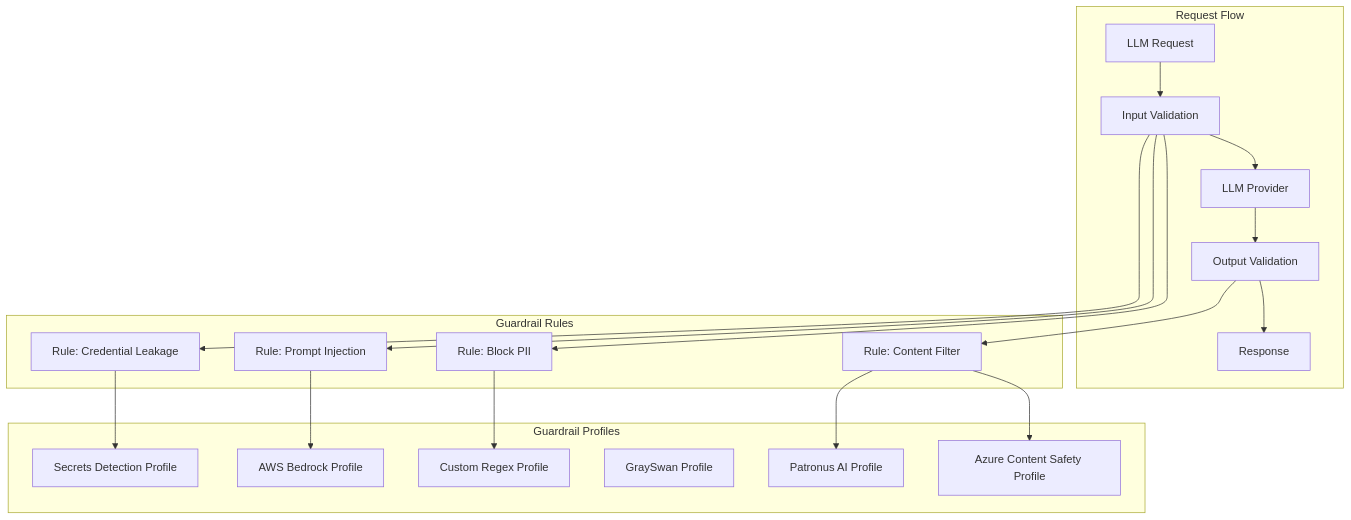
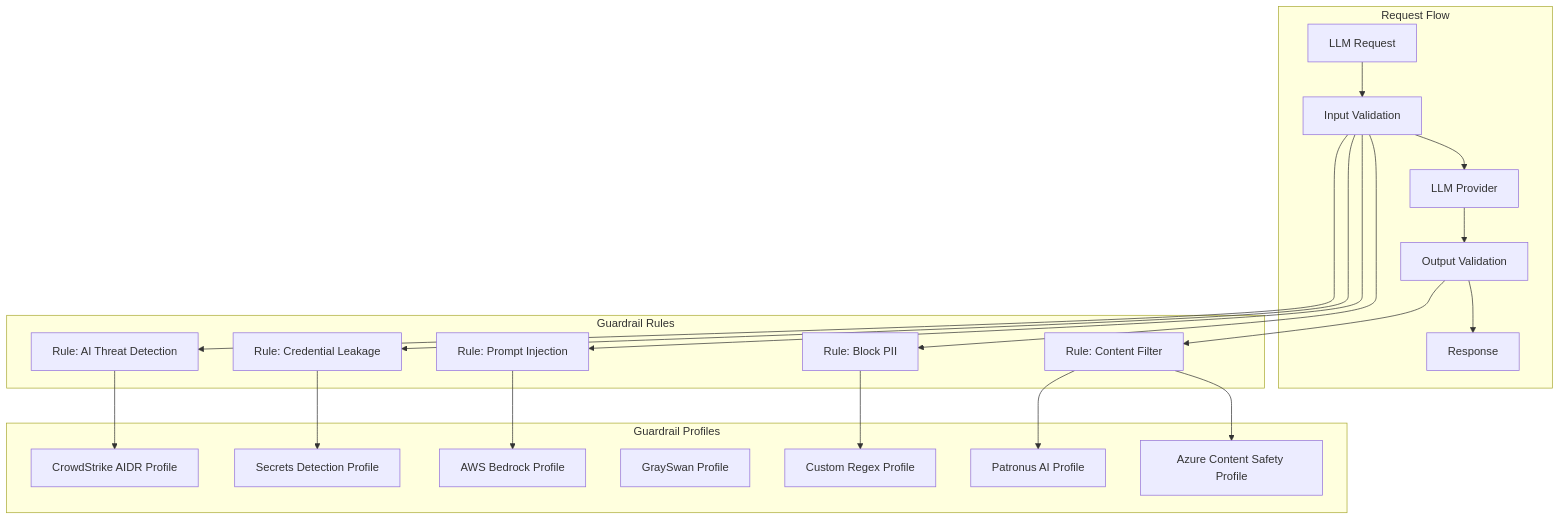
Before and after one commit to akhsaul/bifrost: the diagram in docs/enterprise/guardrails.mdx, drawn with Mermaid. The commit also changed other lines of this file and 5 other files, not shown here.

````diff
--- a/docs/enterprise/guardrails.mdx
+++ b/docs/enterprise/guardrails.mdx
@@ -79,36 +82,40 @@
 ```mermaid
 flowchart TB
     subgraph request_flow [Request Flow]
         Request[LLM Request] --> InputValidation[Input Validation]
         InputValidation --> LLMProvider[LLM Provider]
         LLMProvider --> OutputValidation[Output Validation]
         OutputValidation --> Response[Response]
     end
 
     subgraph rules [Guardrail Rules]
         Rule1[Rule: Block PII]
         Rule2[Rule: Content Filter]
         Rule3[Rule: Prompt Injection]
         Rule4[Rule: Credential Leakage]
+        Rule5[Rule: AI Threat Detection]
     end
 
     subgraph profiles [Guardrail Profiles]
         Profile1[AWS Bedrock Profile]
         Profile2[Azure Content Safety Profile]
         Profile3[Patronus AI Profile]
         Profile4[GraySwan Profile]
         Profile5[Secrets Detection Profile]
         Profile6[Custom Regex Profile]
+        Profile7[CrowdStrike AIDR Profile]
     end
 
     InputValidation --> Rule1
     InputValidation --> Rule3
     InputValidation --> Rule4
+    InputValidation --> Rule5
     OutputValidation --> Rule2
 
     Rule1 --> Profile6
     Rule2 --> Profile2
     Rule2 --> Profile3
     Rule3 --> Profile1
     Rule4 --> Profile5
+    Rule5 --> Profile7
 ```
````
